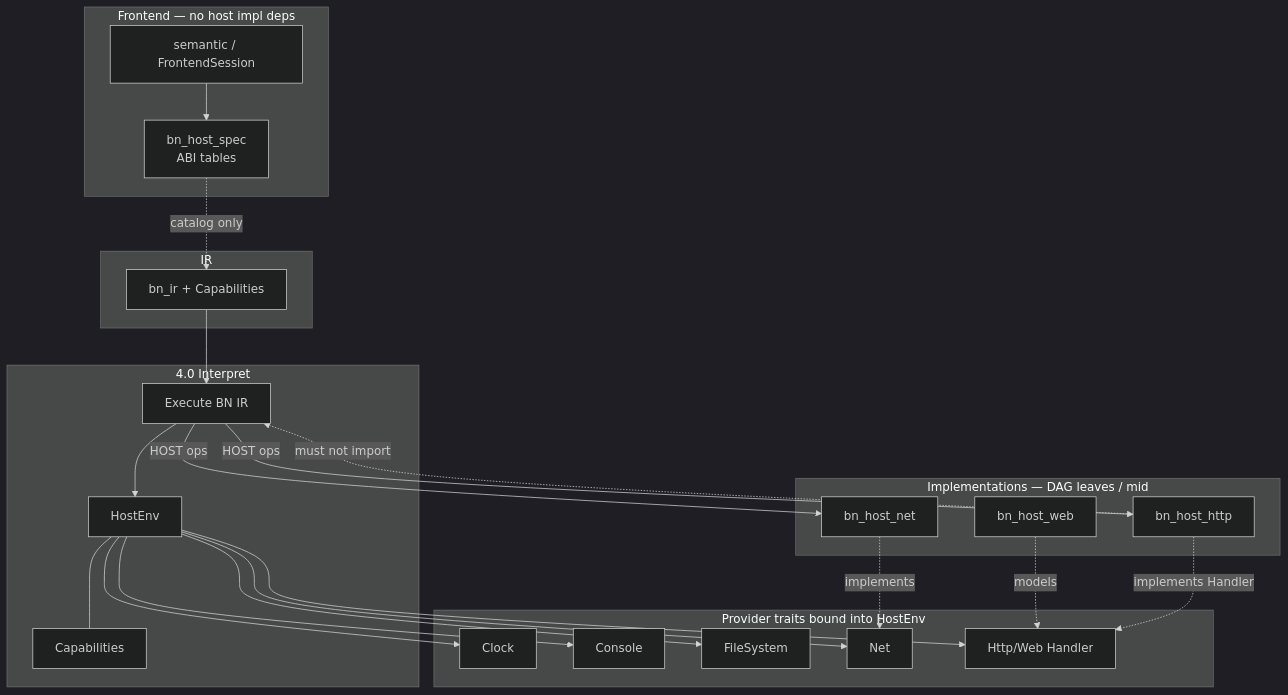
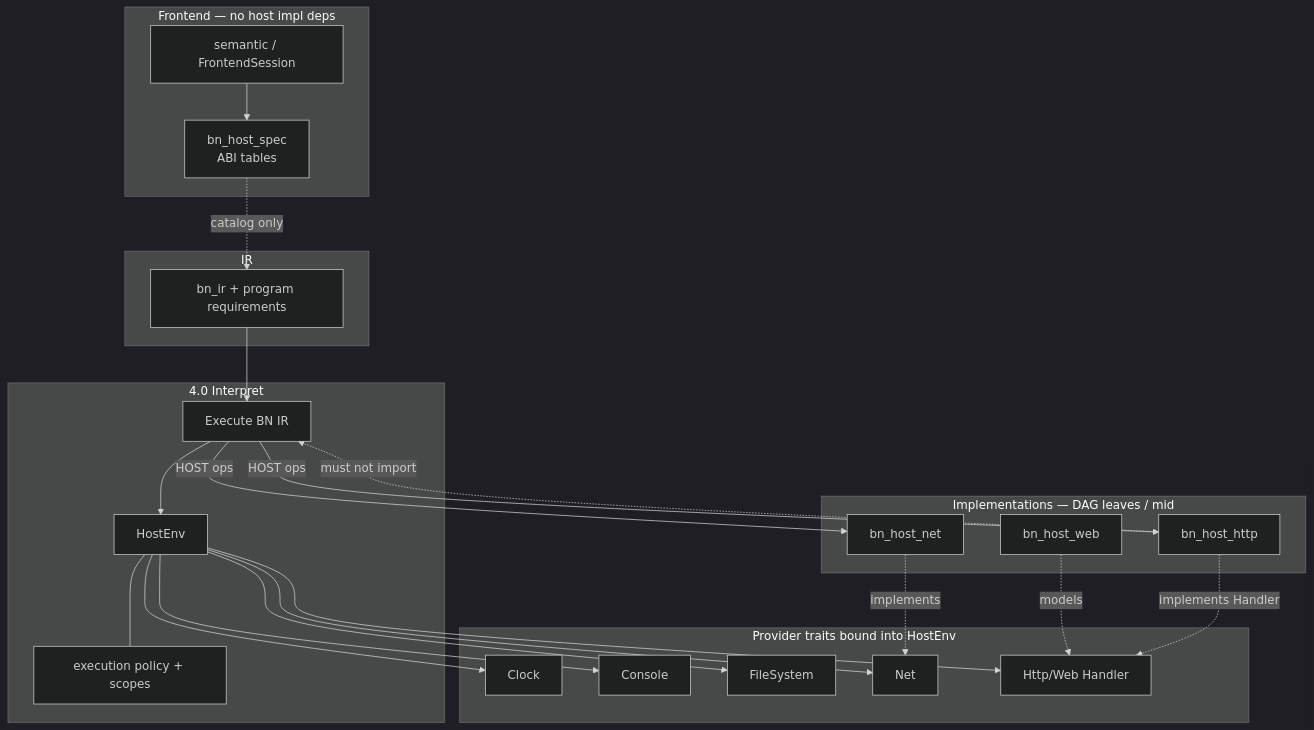
Before and after one commit to cquintella/BasicNext: the diagram in docs/architecture/host-traits.md, drawn with Mermaid (dark theme). The commit also changed other lines of this file and 82 other files, not shown here.

````diff
--- a/docs/architecture/host-traits.md
+++ b/docs/architecture/host-traits.md
@@ -85,48 +143,48 @@
 ```mermaid
 flowchart TB
   subgraph fe["Frontend — no host impl deps"]
     SEM["semantic / FrontendSession"]
     SPEC["bn_host_spec<br/>ABI tables"]
     SEM --> SPEC
   end
 
   subgraph irlayer["IR"]
-    IR["bn_ir + Capabilities"]
+    IR["bn_ir + program requirements"]
   end
 
   subgraph rt["4.0 Interpret"]
     HE["HostEnv"]
-    CAP["Capabilities"]
+    CAP["execution policy + scopes"]
     EXEC["Execute BN IR"]
     HE --- CAP
     EXEC --> HE
   end
 
   subgraph providers["Provider traits bound into HostEnv"]
     CLK["Clock"]
     CON["Console"]
     FS["FileSystem"]
     NET["Net"]
     HTTP["Http/Web Handler"]
   end
 
   subgraph impls["Implementations — DAG leaves / mid"]
     HN["bn_host_net"]
     HW["bn_host_web"]
     HH["bn_host_http"]
   end
 
   IR --> EXEC
   SPEC -.->|catalog only| IR
   HE --> CLK
   HE --> CON
   HE --> FS
   HE --> NET
   HE --> HTTP
   HN -.->|implements| NET
   HW -.->|models| HTTP
   HH -.->|implements Handler| HTTP
   EXEC -->|HOST ops| HN
   EXEC -->|HOST ops| HH
   HH -.->|must not import| EXEC
 ```
````
